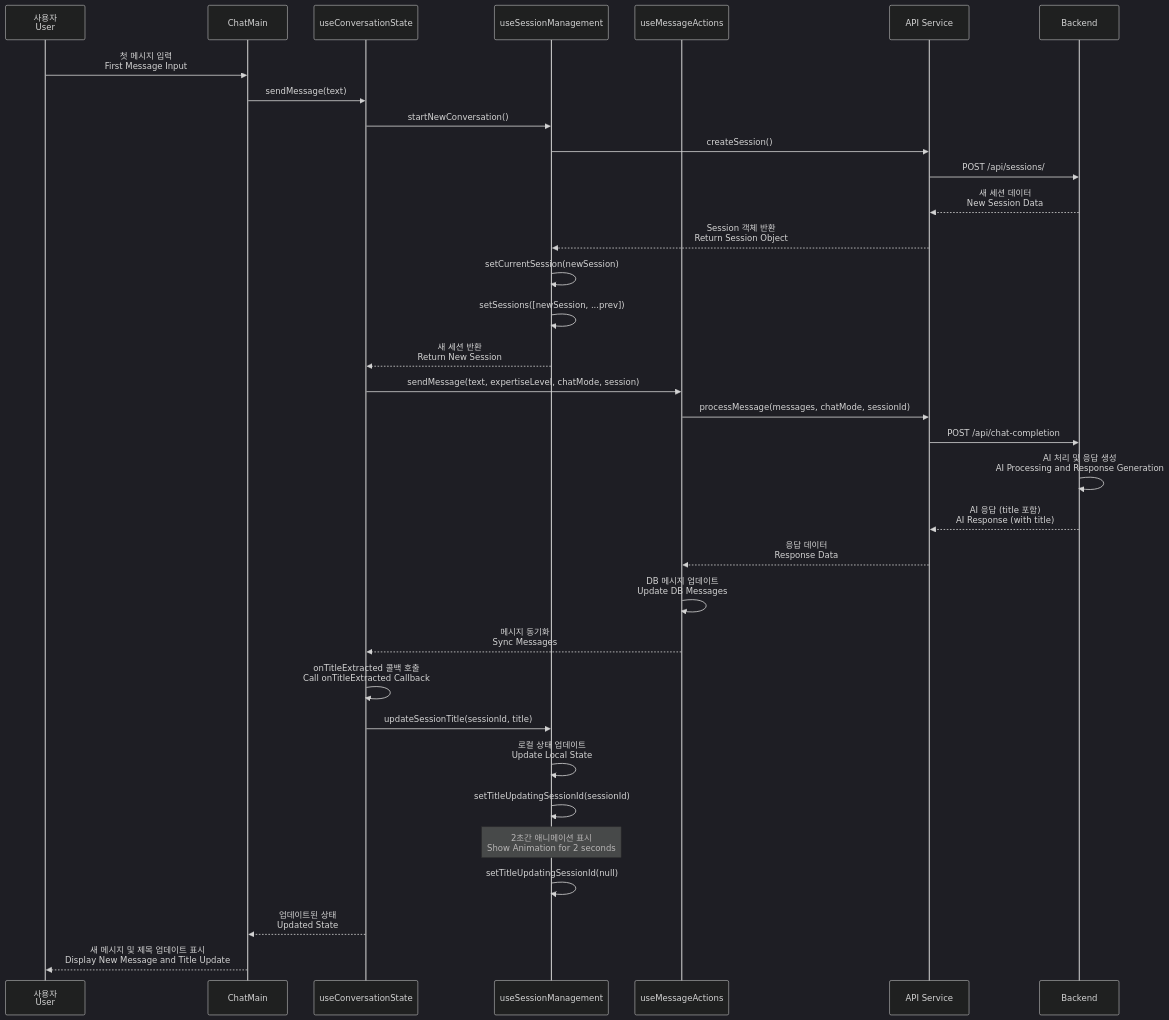
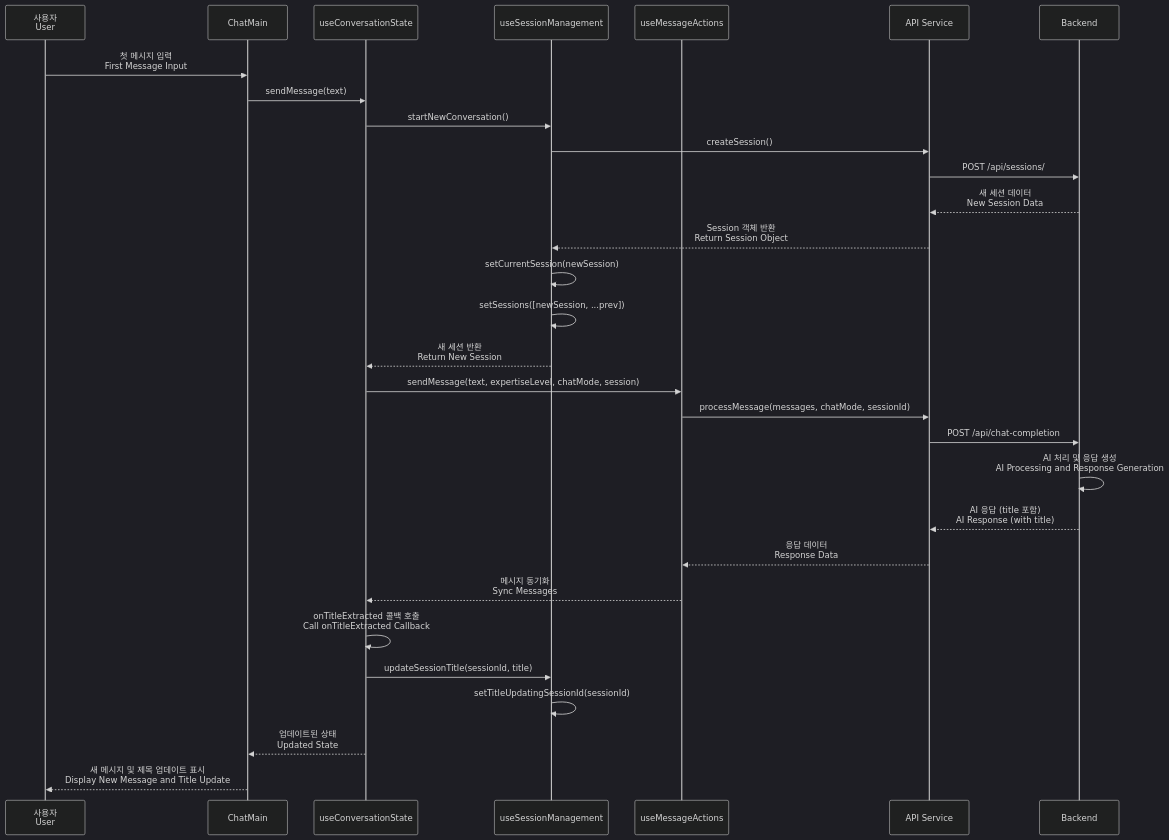
Before and after one commit to p0pular131/askspec-chat-assistant: the ninth of 19 diagrams in docs/design-specification.md, drawn with Mermaid (dark theme).

Commit message:
ㅁㄴㅇㄹ

````diff
--- a/docs/design-specification.md
+++ b/docs/design-specification.md
@@ -506,41 +506,36 @@
 ```mermaid
 sequenceDiagram
     participant User as 사용자<br/>User
     participant UI as ChatMain
     participant State as useConversationState
     participant Session as useSessionManagement
     participant Message as useMessageActions
     participant API as API Service
     participant Backend as Backend
 
     User->>UI: 첫 메시지 입력<br/>First Message Input
     UI->>State: sendMessage(text)
     State->>Session: startNewConversation()
     Session->>API: createSession()
     API->>Backend: POST /api/sessions/
     Backend-->>API: 새 세션 데이터<br/>New Session Data
     API-->>Session: Session 객체 반환<br/>Return Session Object
     Session->>Session: setCurrentSession(newSession)
     Session->>Session: setSessions([newSession, ...prev])
     Session-->>State: 새 세션 반환<br/>Return New Session
     
     State->>Message: sendMessage(text, expertiseLevel, chatMode, session)
     Message->>API: processMessage(messages, chatMode, sessionId)
     API->>Backend: POST /api/chat-completion
     Backend->>Backend: AI 처리 및 응답 생성<br/>AI Processing and Response Generation
     Backend-->>API: AI 응답 (title 포함)<br/>AI Response (with title)
     API-->>Message: 응답 데이터<br/>Response Data
-    Message->>Message: DB 메시지 업데이트<br/>Update DB Messages
     Message-->>State: 메시지 동기화<br/>Sync Messages
     
     State->>State: onTitleExtracted 콜백 호출<br/>Call onTitleExtracted Callback
     State->>Session: updateSessionTitle(sessionId, title)
-    Session->>Session: 로컬 상태 업데이트<br/>Update Local State
     Session->>Session: setTitleUpdatingSessionId(sessionId)
-    
-    Note over Session: 2초간 애니메이션 표시<br/>Show Animation for 2 seconds
-    Session->>Session: setTitleUpdatingSessionId(null)
     
     State-->>UI: 업데이트된 상태<br/>Updated State
     UI-->>User: 새 메시지 및 제목 업데이트 표시<br/>Display New Message and Title Update
 ```
````
